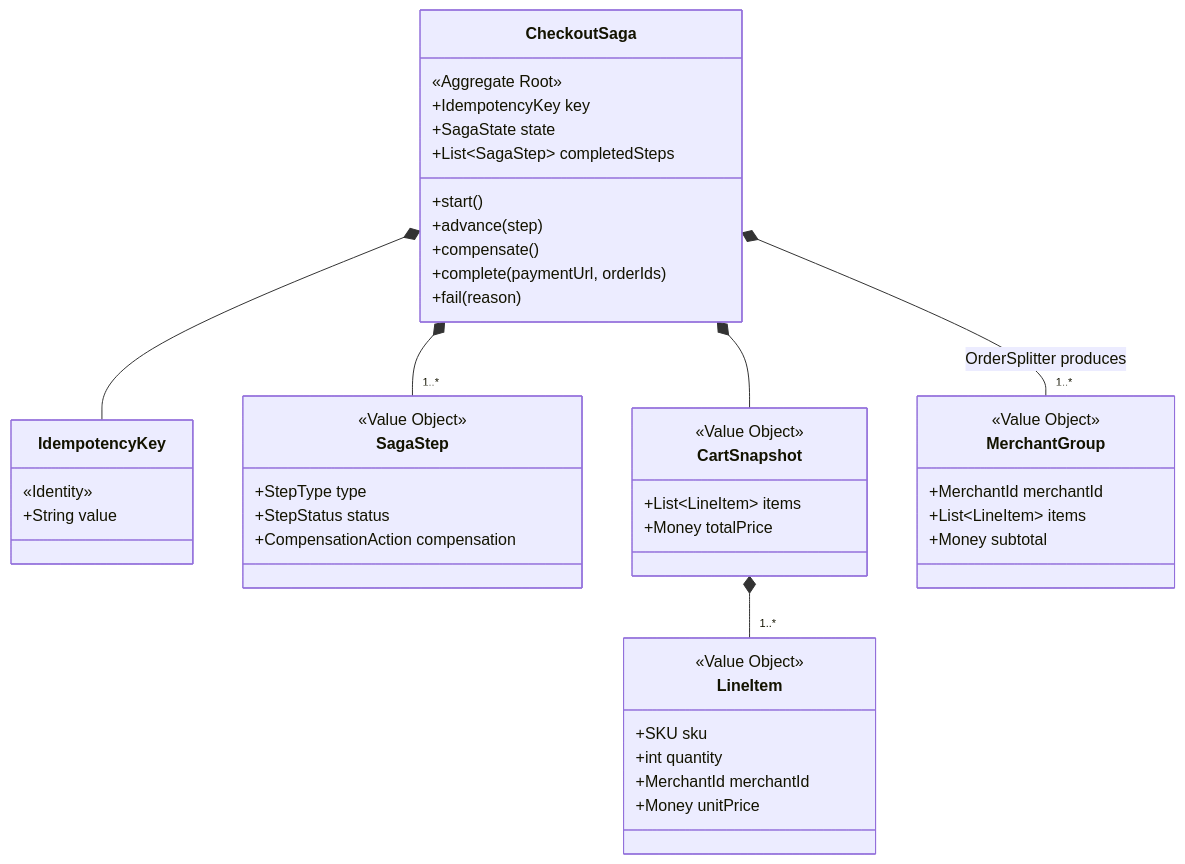
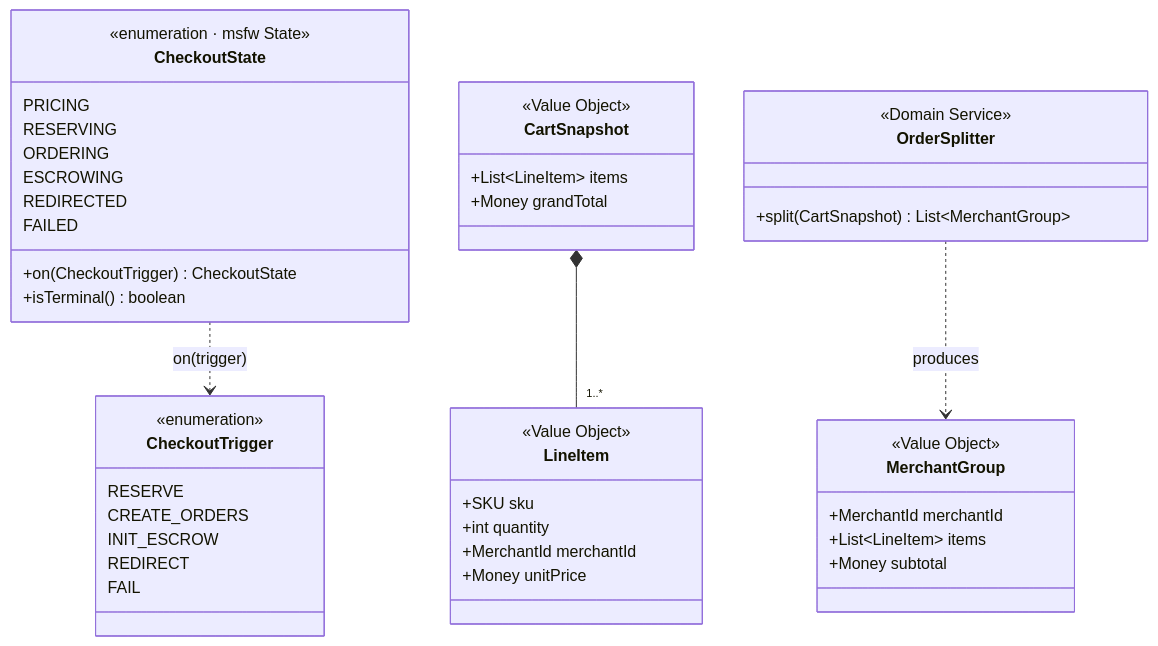
One commit to pmsbkhn/marketplace-aigen changed the fifth of 9 diagrams in docs/design/techspec/Checkout.md. Above: the diagram before and after it, drawn with Mermaid. The commit also changed other lines of this file, not shown here.

First line of the commit message:
docs(tech-spec): sync Checkout to CompensatingWorkflow + CheckoutState FSM

````diff
--- a/docs/design/techspec/Checkout.md
+++ b/docs/design/techspec/Checkout.md
@@ -312,47 +316,47 @@
 ```mermaid
 classDiagram
-  class CheckoutSaga {
-    «Aggregate Root»
-    +IdempotencyKey key
-    +SagaState state
-    +List~SagaStep~ completedSteps
-    +start()
-    +advance(step)
-    +compensate()
-    +complete(paymentUrl, orderIds)
-    +fail(reason)
+  class CheckoutState {
+    <<enumeration · msfw State>>
+    PRICING
+    RESERVING
+    ORDERING
+    ESCROWING
+    REDIRECTED
+    FAILED
+    +on(CheckoutTrigger) CheckoutState
+    +isTerminal() boolean
   }
-  class IdempotencyKey {
-    «Identity»
-    +String value
-  }
-  class SagaStep {
-    <<Value Object>>
-    +StepType type
-    +StepStatus status
-    +CompensationAction compensation
+  class CheckoutTrigger {
+    <<enumeration>>
+    RESERVE
+    CREATE_ORDERS
+    INIT_ESCROW
+    REDIRECT
+    FAIL
   }
   class CartSnapshot {
     <<Value Object>>
     +List~LineItem~ items
-    +Money totalPrice
+    +Money grandTotal
   }
   class LineItem {
     <<Value Object>>
     +SKU sku
     +int quantity
     +MerchantId merchantId
     +Money unitPrice
   }
   class MerchantGroup {
     <<Value Object>>
     +MerchantId merchantId
     +List~LineItem~ items
     +Money subtotal
   }
-  CheckoutSaga *-- IdempotencyKey
-  CheckoutSaga *-- CartSnapshot
-  CheckoutSaga *-- "1..*" SagaStep
+  class OrderSplitter {
+    <<Domain Service>>
+    +split(CartSnapshot) List~MerchantGroup~
+  }
+  CheckoutState ..> CheckoutTrigger : on(trigger)
   CartSnapshot *-- "1..*" LineItem
-  CheckoutSaga *-- "1..*" MerchantGroup : OrderSplitter produces
+  OrderSplitter ..> MerchantGroup : produces
 ```
````
